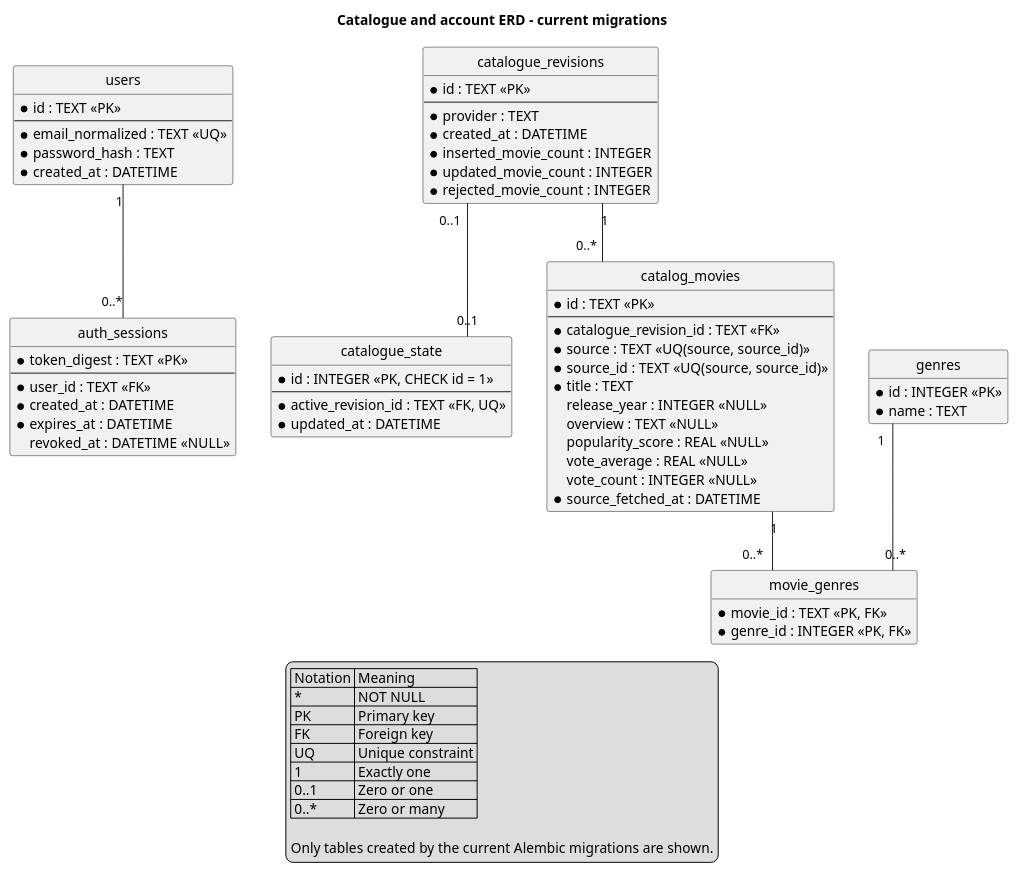
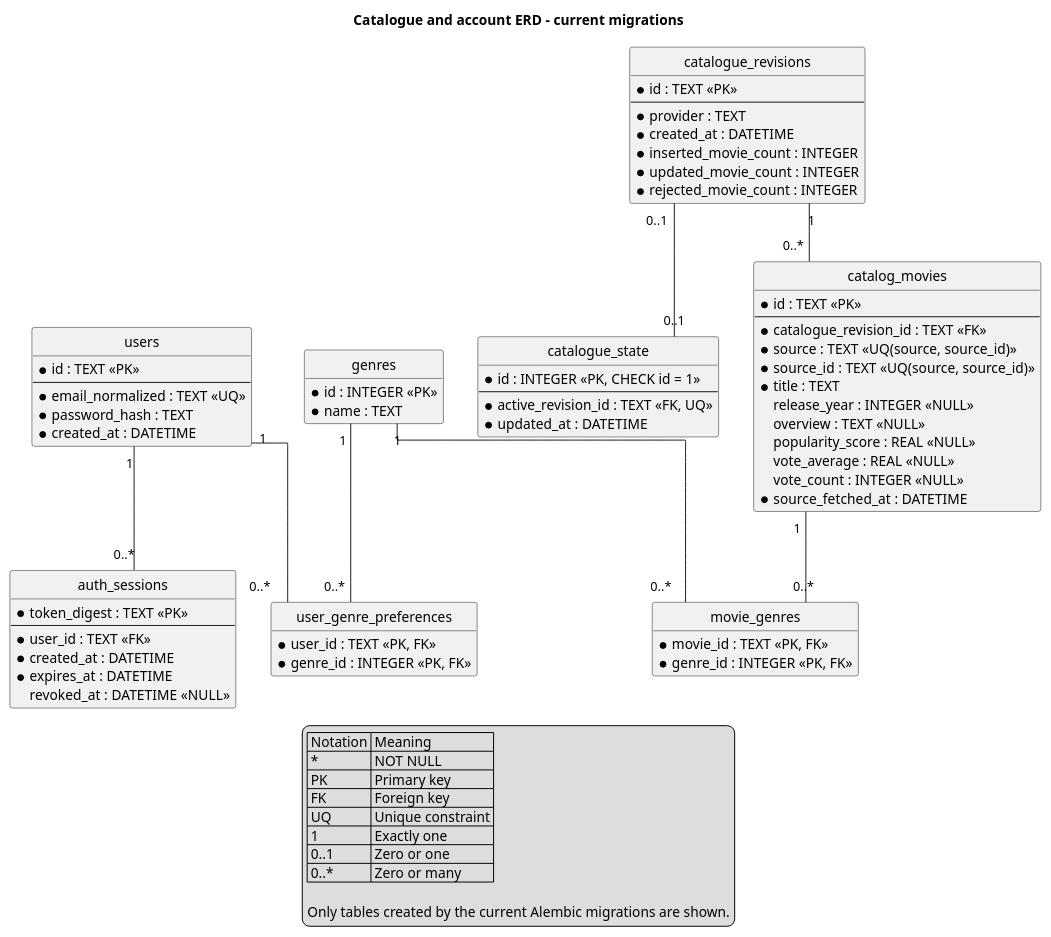
Before and after one commit to SE-FDA-NEU/ai66a_group3_C1_SE: the diagram in docs/images/erd.puml, drawn with PlantUML. The commit also changed 1 other file, not shown here.

```diff
--- a/docs/images/erd.puml
+++ b/docs/images/erd.puml
@@ -1,91 +1,98 @@
 @startuml
 title Catalogue and account ERD - current migrations
 
 hide circle
 hide methods
 skinparam linetype ortho
 skinparam shadowing false
 skinparam entity {
   BackgroundColor #FFFFFF
   BorderColor #2F5597
   HeaderBackgroundColor #D9E8FB
 }
 
 entity "users" as users {
   * id : TEXT <<PK>>
   --
   * email_normalized : TEXT <<UQ>>
   * password_hash : TEXT
   * created_at : DATETIME
 }
 
 entity "auth_sessions" as auth_sessions {
   * token_digest : TEXT <<PK>>
   --
   * user_id : TEXT <<FK>>
   * created_at : DATETIME
   * expires_at : DATETIME
   revoked_at : DATETIME <<NULL>>
 }
 
 entity "catalogue_revisions" as rev {
   * id : TEXT <<PK>>
   --
   * provider : TEXT
   * created_at : DATETIME
   * inserted_movie_count : INTEGER
   * updated_movie_count : INTEGER
   * rejected_movie_count : INTEGER
 }
 
 entity "catalogue_state" as active_state {
   * id : INTEGER <<PK, CHECK id = 1>>
   --
   * active_revision_id : TEXT <<FK, UQ>>
   * updated_at : DATETIME
 }
 
 entity "catalog_movies" as movie_rows {
   * id : TEXT <<PK>>
   --
   * catalogue_revision_id : TEXT <<FK>>
   * source : TEXT <<UQ(source, source_id)>>
   * source_id : TEXT <<UQ(source, source_id)>>
   * title : TEXT
   release_year : INTEGER <<NULL>>
   overview : TEXT <<NULL>>
   popularity_score : REAL <<NULL>>
   vote_average : REAL <<NULL>>
   vote_count : INTEGER <<NULL>>
   * source_fetched_at : DATETIME
 }
 
 entity "genres" as genres {
   * id : INTEGER <<PK>>
   * name : TEXT
 }
 
 entity "movie_genres" as movie_genre_links {
   * movie_id : TEXT <<PK, FK>>
   * genre_id : INTEGER <<PK, FK>>
 }
 
+entity "user_genre_preferences" as user_genre_prefs {
+  * user_id : TEXT <<PK, FK>>
+  * genre_id : INTEGER <<PK, FK>>
+}
+
 users "1" -- "0..*" auth_sessions
+users "1" -- "0..*" user_genre_prefs
+genres "1" -- "0..*" user_genre_prefs
 rev "1" -- "0..*" movie_rows
 rev "0..1" -- "0..1" active_state
 movie_rows "1" -- "0..*" movie_genre_links
 genres "1" -- "0..*" movie_genre_links
 
 legend bottom
   | Notation | Meaning |
   | * | NOT NULL |
   | PK | Primary key |
   | FK | Foreign key |
   | UQ | Unique constraint |
   | 1 | Exactly one |
   | 0..1 | Zero or one |
   | 0..* | Zero or many |
 
   Only tables created by the current Alembic migrations are shown.
 endlegend
 @enduml
```
